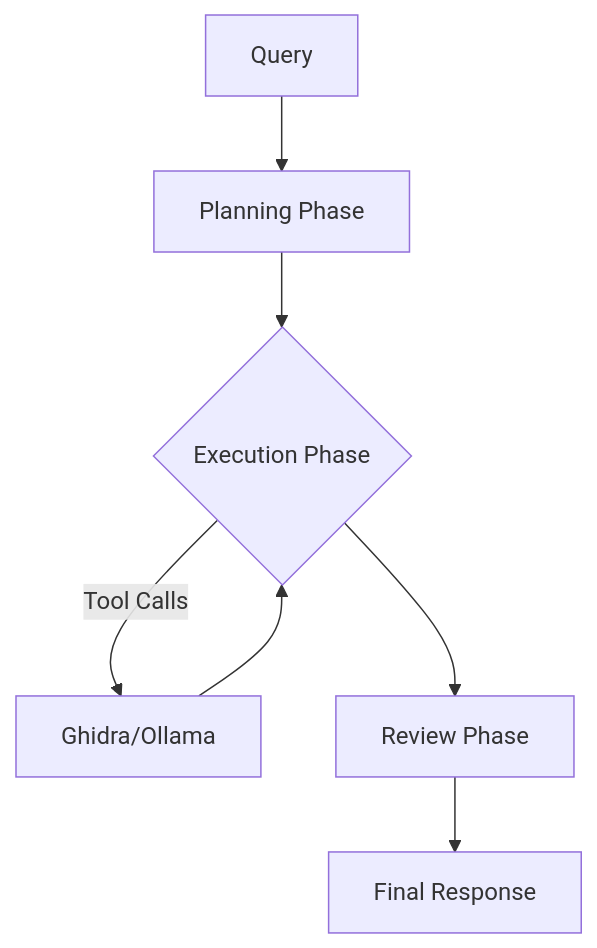
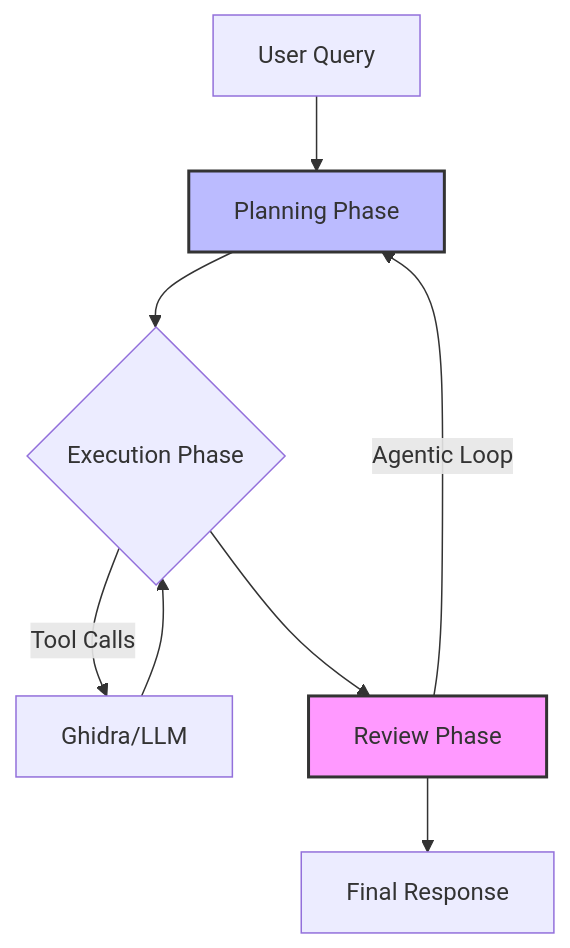
The diagram in README.md (llnl/OGhidra), drawn with Mermaid before and after one commit. The commit also changed other lines of this file and 35 other files, not shown here.

````diff
--- a/README.md
+++ b/README.md
@@ -25,9 +27,13 @@
 ```mermaid
 graph TD
-    A[Query] --> B[Planning Phase]
+    A[User Query] --> B[Planning Phase]
     B --> C{Execution Phase}
-    C -- Tool Calls --> D[Ghidra/Ollama]
+    C -- Tool Calls --> D[Ghidra/LLM]
     D --> C
     C --> E[Review Phase]
+    E -- Agentic Loop --> B
     E --> F[Final Response]
+    
+    style E fill:#f9f,stroke:#333,stroke-width:2px
+    style B fill:#bbf,stroke:#333,stroke-width:2px
 ```
````
